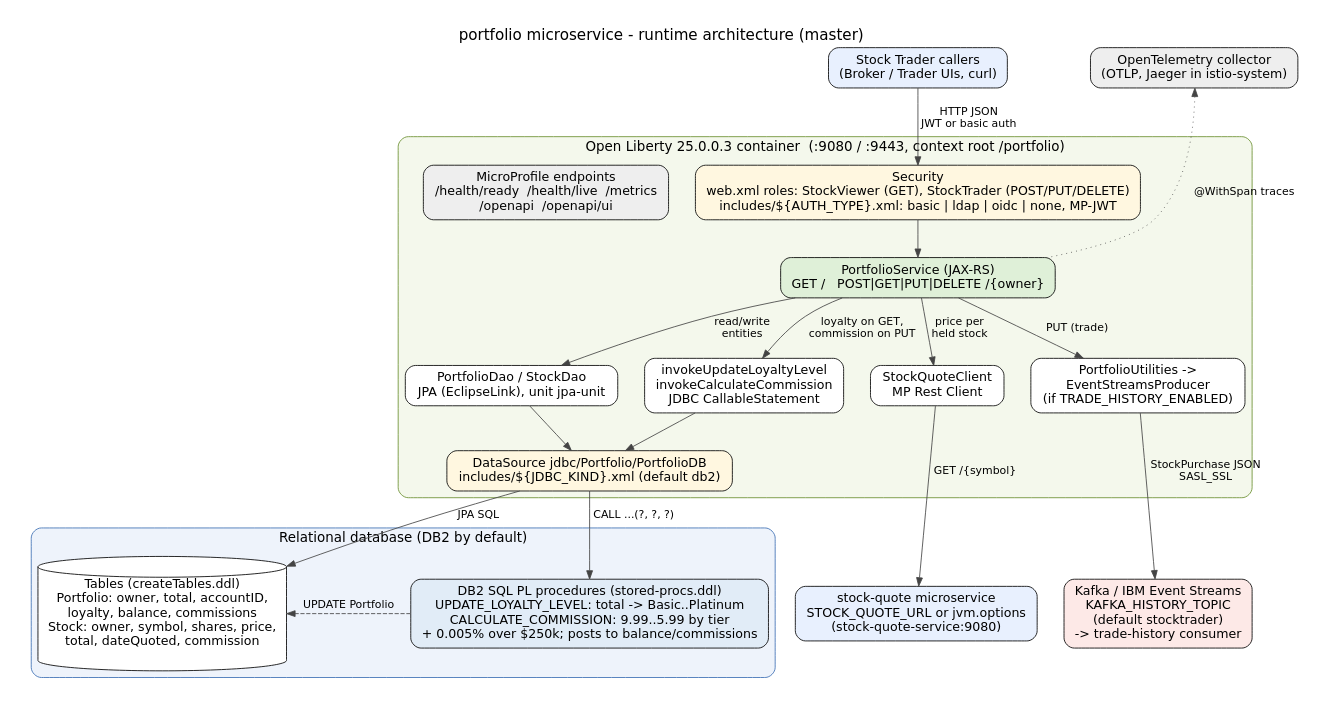
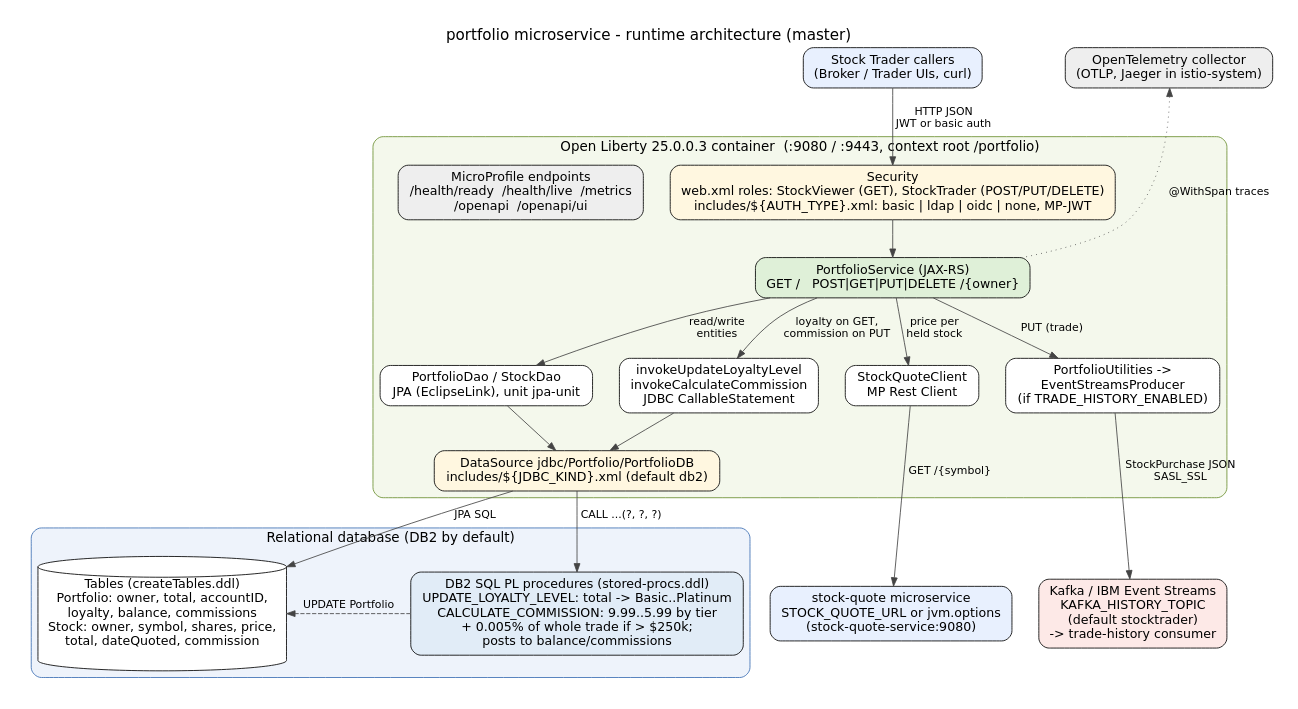
One commit to COG-GTM/ibm-portfolio changed the diagram in docs/diagrams/architecture.dot. Above: the diagram before and after it, drawn with Graphviz. The commit also changed 4 other files, not shown here.

```diff
--- a/docs/diagrams/architecture.dot
+++ b/docs/diagrams/architecture.dot
@@ -1,56 +1,56 @@
 // Architecture of the Stock Trader "portfolio" microservice (COG-GTM/ibm-portfolio, master).
 // Edit this file, then run ./render.sh to regenerate architecture.png and architecture.svg.
 digraph portfolio {
   graph [rankdir=TB, fontname="DejaVu Sans", fontsize=18, labelloc=t, nodesep=0.45, ranksep=0.6, pad=0.3,
          label="portfolio microservice - runtime architecture (master)"];
   node  [shape=box, style="rounded,filled", fillcolor=white, fontname="DejaVu Sans", fontsize=15, margin="0.18,0.1"];
   edge  [fontname="DejaVu Sans", fontsize=13, color="#444444"];
 
   callers [label="Stock Trader callers\n(Broker / Trader UIs, curl)", fillcolor="#e8f0fe"];
 
   subgraph cluster_liberty {
     label="Open Liberty 25.0.0.3 container  (:9080 / :9443, context root /portfolio)";
     style="rounded,filled"; fillcolor="#f4f8ec"; color="#6a8f2f"; fontsize=16;
 
     security [label="Security\nweb.xml roles: StockViewer (GET), StockTrader (POST/PUT/DELETE)\nincludes/${AUTH_TYPE}.xml: basic | ldap | oidc | none, MP-JWT", fillcolor="#fff7e0"];
     service  [label="PortfolioService (JAX-RS)\nGET /   POST|GET|PUT|DELETE /{owner}", fillcolor="#dff0d8"];
     {rank=same; jpa; procs; quote; kafka;}
     jpa      [label="PortfolioDao / StockDao\nJPA (EclipseLink), unit jpa-unit"];
     procs    [label="invokeUpdateLoyaltyLevel\ninvokeCalculateCommission\nJDBC CallableStatement"];
     quote    [label="StockQuoteClient\nMP Rest Client"];
     kafka    [label="PortfolioUtilities ->\nEventStreamsProducer\n(if TRADE_HISTORY_ENABLED)"];
     ds       [label="DataSource jdbc/Portfolio/PortfolioDB\nincludes/${JDBC_KIND}.xml (default db2)", fillcolor="#fff7e0"];
     platform [label="MicroProfile endpoints\n/health/ready  /health/live  /metrics\n/openapi  /openapi/ui", fillcolor="#eeeeee"];
   }
 
   subgraph cluster_db {
     label="Relational database (DB2 by default)";
     style="rounded,filled"; fillcolor="#eef3fb"; color="#3b6db3"; fontsize=16;
     {rank=same; tables; sp;}
     tables [label="Tables (createTables.ddl)\nPortfolio: owner, total, accountID,\nloyalty, balance, commissions\nStock: owner, symbol, shares, price,\ntotal, dateQuoted, commission", shape=cylinder];
-    sp     [label="DB2 SQL PL procedures (stored-procs.ddl)\nUPDATE_LOYALTY_LEVEL: total -> Basic..Platinum\nCALCULATE_COMMISSION: 9.99..5.99 by tier\n+ 0.005% over $250k; posts to balance/commissions", fillcolor="#e1ecf7"];
+    sp     [label="DB2 SQL PL procedures (stored-procs.ddl)\nUPDATE_LOYALTY_LEVEL: total -> Basic..Platinum\nCALCULATE_COMMISSION: 9.99..5.99 by tier\n+ 0.005% of whole trade if > $250k;\nposts to balance/commissions", fillcolor="#e1ecf7"];
   }
 
   {rank=same; stockquote; topic;}
   ds -> stockquote [style=invis];
   stockquote [label="stock-quote microservice\nSTOCK_QUOTE_URL or jvm.options\n(stock-quote-service:9080)", fillcolor="#e8f0fe"];
   topic      [label="Kafka / IBM Event Streams\nKAFKA_HISTORY_TOPIC\n(default stocktrader)\n-> trade-history consumer", fillcolor="#fde9e7"];
   otel       [label="OpenTelemetry collector\n(OTLP, Jaeger in istio-system)", fillcolor="#eeeeee"];
 
   callers  -> security [label=" HTTP JSON\n JWT or basic auth"];
   security -> service;
   service  -> jpa   [label=" read/write\n entities"];
   service  -> procs [label=" loyalty on GET,\n commission on PUT"];
   service  -> quote [label=" price per\n held stock"];
   service  -> kafka [label=" PUT (trade)"];
   jpa      -> ds;
   procs    -> ds;
   ds       -> tables [label=" JPA SQL"];
   ds       -> sp     [label=" CALL ...(?, ?, ?)"];
   sp       -> tables [label=" UPDATE Portfolio", style=dashed];
   quote    -> stockquote [label=" GET /{symbol}"];
   kafka    -> topic [label=" StockPurchase JSON\n SASL_SSL"];
   otel -> service [label=" @WithSpan traces", style=dotted, dir=back];
   {rank=same; callers; otel;}
   platform -> service [style=invis];
 }
```
